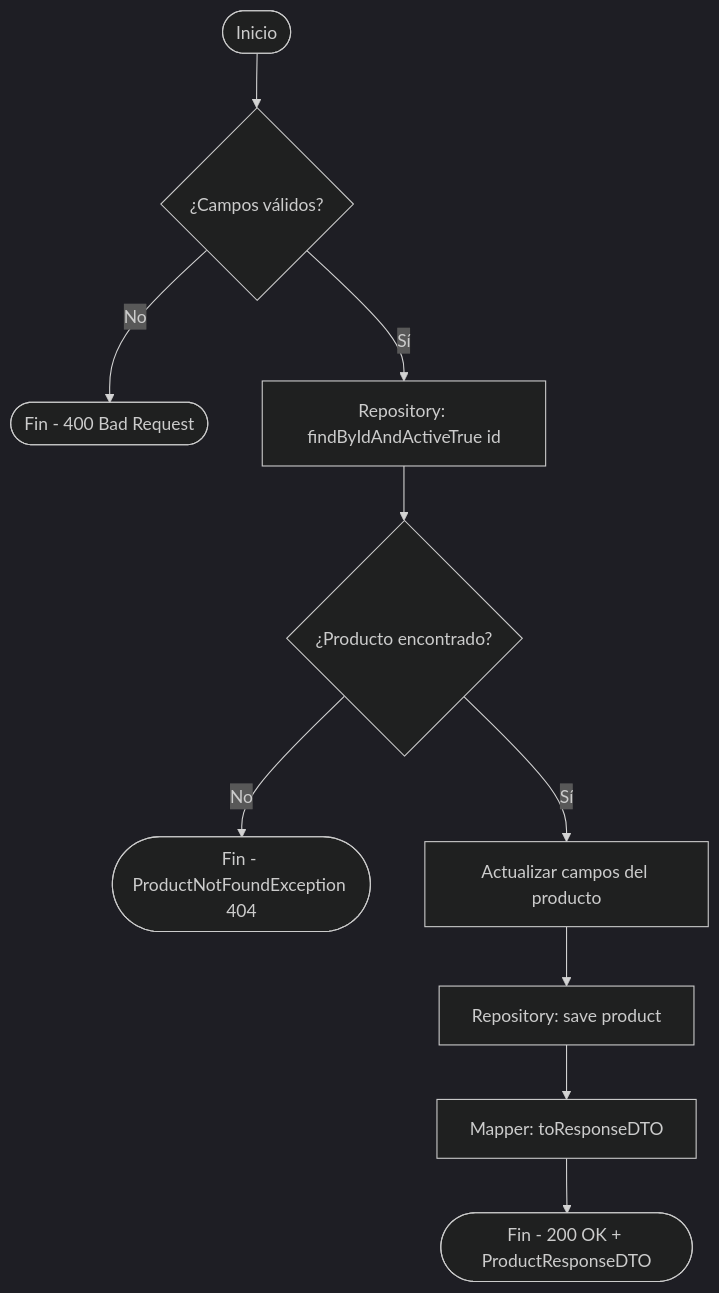
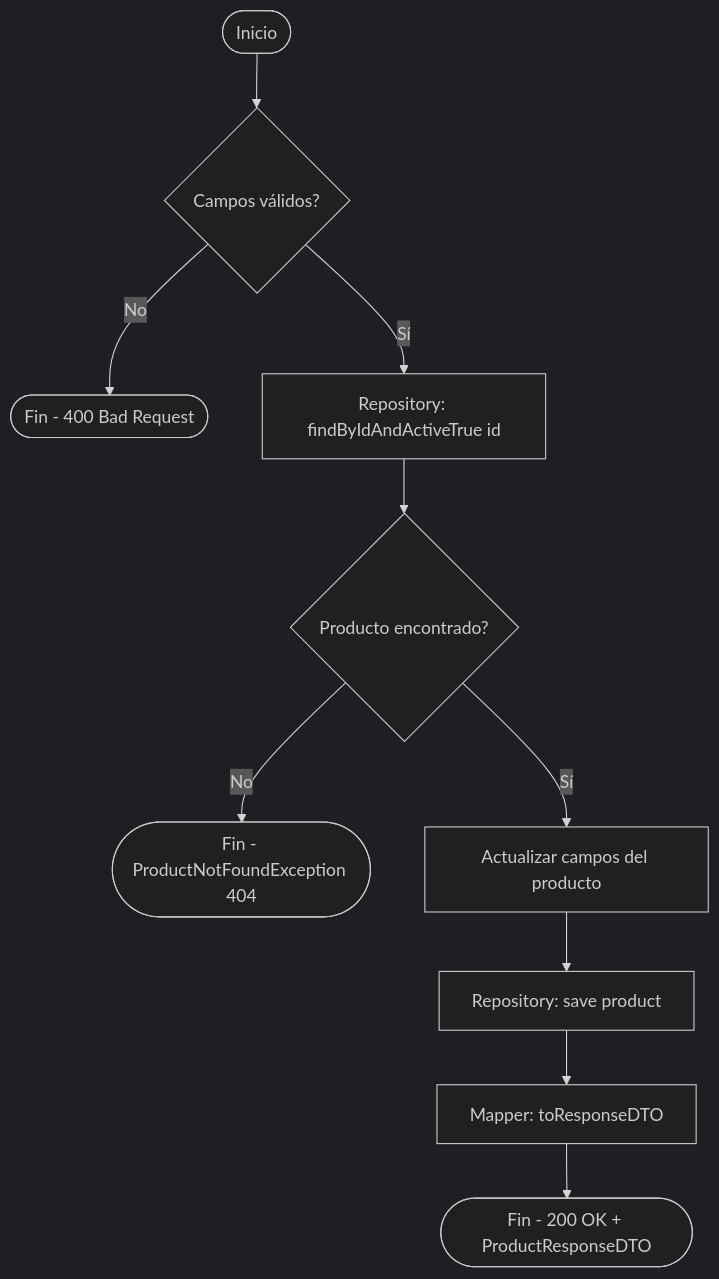
Before and after one commit to dazayamil/Sales-Management-API: the diagram in docs/system-flows/products/flow-update-product.md, drawn with Mermaid (dark theme). The commit also changed 4 other files, not shown here.

````diff
--- a/docs/system-flows/products/flow-update-product.md
+++ b/docs/system-flows/products/flow-update-product.md
@@ -3,12 +3,12 @@
 ```mermaid
 flowchart TD
-    A([Inicio]) --> B{¿Campos válidos?}
+    A([Inicio]) --> B{Campos válidos?}
     B -->|No| C([Fin - 400 Bad Request])
     B -->|Sí| D[Repository: findByIdAndActiveTrue id]
-    D --> E{¿Producto encontrado?}
+    D --> E{Producto encontrado?}
     E -->|No| F([Fin - ProductNotFoundException 404])
     E -->|Sí| G[Actualizar campos del producto]
     G --> H[Repository: save product]
     H --> I[Mapper: toResponseDTO]
     I --> J([Fin - 200 OK + ProductResponseDTO])
 ```
````
